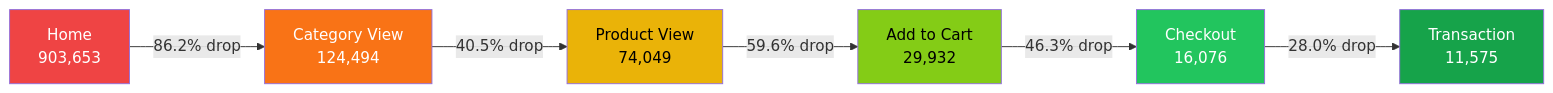
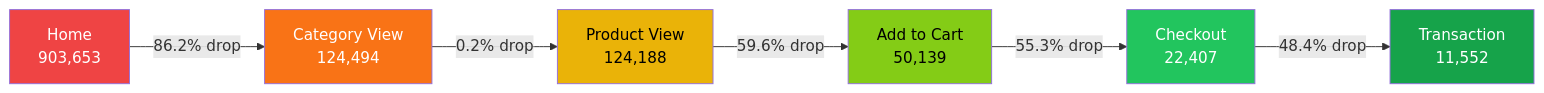
One commit to jmarbis1703/ga360-funnel-analysis changed the diagram in README.md. Above: the diagram before and after it, drawn with Mermaid.

Commit message:
Revise drop percentages in README flowchart
Updated the drop percentages and numbers in the flowchart.

````diff
--- a/README.md
+++ b/README.md
@@ -28,15 +28,15 @@
 ```mermaid
 graph LR
     A["Home<br/>903,653"] -->|"86.2% drop"| B["Category View<br/>124,494"]
-    B -->|"40.5% drop"| C["Product View<br/>74,049"]
-    C -->|"59.6% drop"| D["Add to Cart<br/>29,932"]
-    D -->|"46.3% drop"| E["Checkout<br/>16,076"]
-    E -->|"28.0% drop"| F["Transaction<br/>11,575"]
+    B -->|"0.2% drop"| C["Product View<br/>124,188"]
+    C -->|"59.6% drop"| D["Add to Cart<br/>50,139"]
+    D -->|"55.3% drop"| E["Checkout<br/>22,407"]
+    E -->|"48.4% drop"| F["Transaction<br/>11,552"]
 
     style A fill:#ef4444,color:#fff
     style B fill:#f97316,color:#fff
     style C fill:#eab308,color:#000
     style D fill:#84cc16,color:#000
     style E fill:#22c55e,color:#fff
     style F fill:#16a34a,color:#fff
 ```
````
